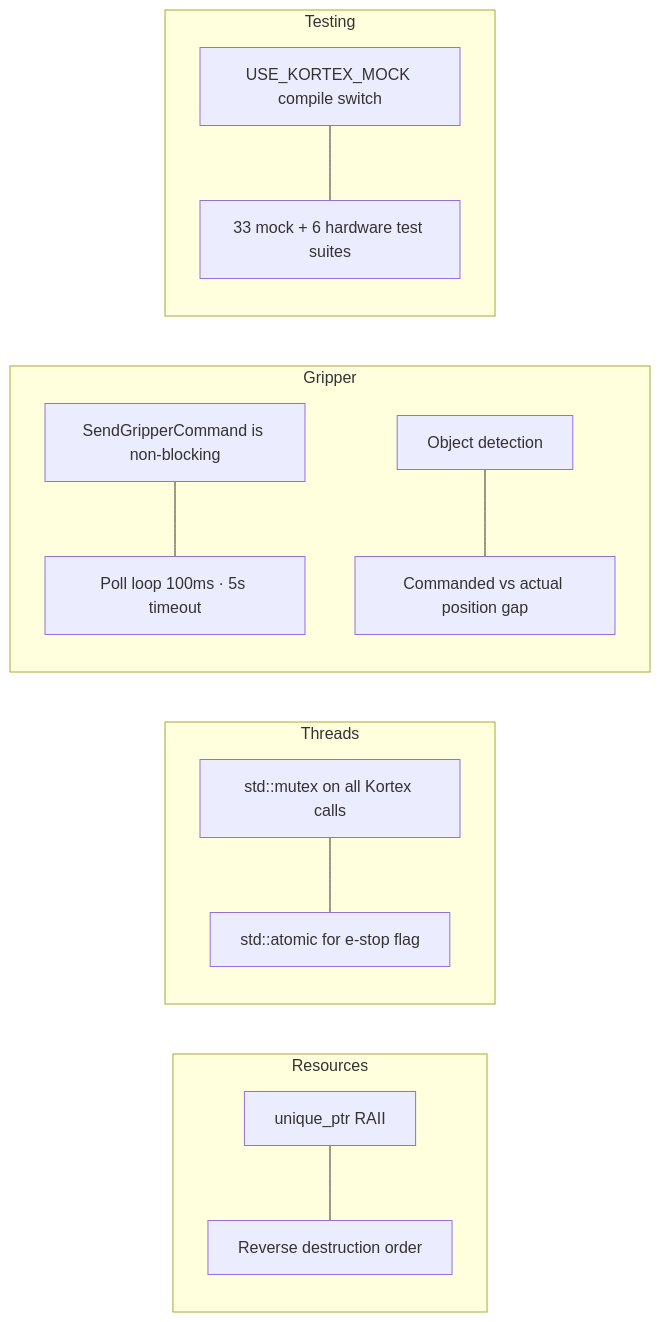
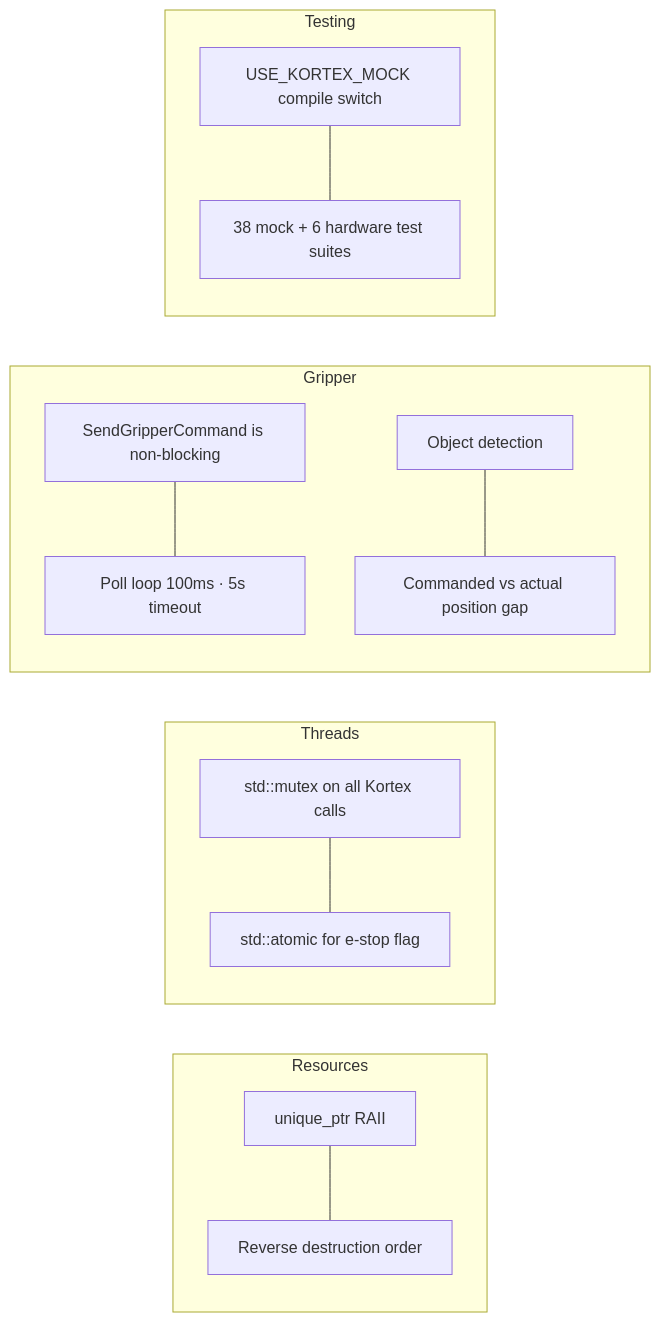
Before and after one commit to Sahilnarola-1007/kinova-wrapper: the second of 2 diagrams in README.md, drawn with Mermaid. The commit also changed other lines of this file and 6 other files, not shown here.

````diff
--- a/README.md
+++ b/README.md
@@ -80,19 +81,19 @@
 ```mermaid
 graph LR
     subgraph Resources
         R1[unique_ptr RAII] --- R2[Reverse destruction order]
     end
 
     subgraph Threads
         T1[std::mutex on all Kortex calls] --- T2[std::atomic for e-stop flag]
     end
 
     subgraph Gripper
         G1[SendGripperCommand is non-blocking] --- G2[Poll loop 100ms · 5s timeout]
         G3[Object detection] --- G4[Commanded vs actual position gap]
     end
 
     subgraph Testing
-        TE1[USE_KORTEX_MOCK compile switch] --- TE2[33 mock + 6 hardware test suites]
+        TE1[USE_KORTEX_MOCK compile switch] --- TE2[38 mock + 6 hardware test suites]
     end
 ```
````
